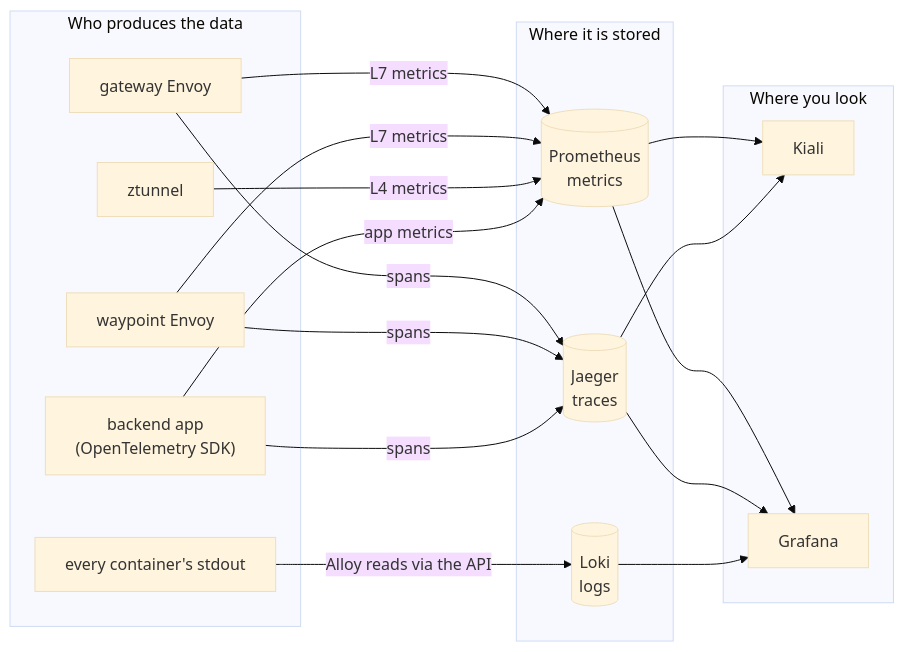
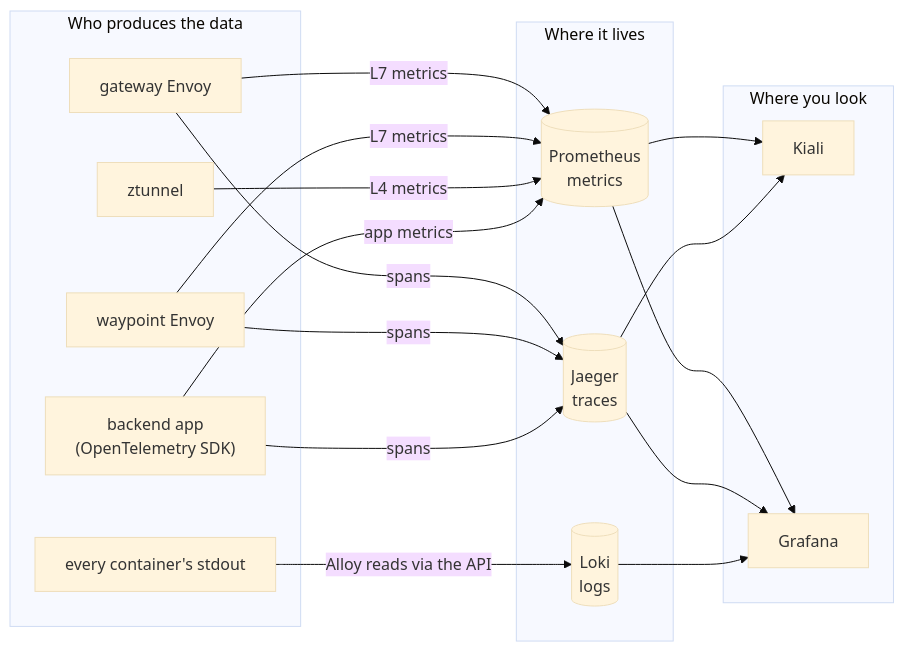
The diagram in course/06-observability.md (miekuskamil/k8s_lab_macos), drawn with Mermaid (base theme) before and after one commit. The commit also changed other lines of this file and 38 other files, not shown here.

````diff
--- a/course/06-observability.md
+++ b/course/06-observability.md
@@ -9,32 +11,32 @@
 ```mermaid
 flowchart LR
   subgraph sources["Who produces the data"]
     gw["gateway Envoy"]
     wp["waypoint Envoy"]
     zt["ztunnel"]
     app["backend app<br/>(OpenTelemetry SDK)"]
     pods["every container's stdout"]
   end
-  subgraph store["Where it is stored"]
+  subgraph store["Where it lives"]
     prom[("Prometheus<br/>metrics")]
     jaeger[("Jaeger<br/>traces")]
     loki[("Loki<br/>logs")]
   end
   subgraph ui["Where you look"]
     kiali["Kiali"]
     grafana["Grafana"]
   end
   gw -- "L7 metrics" --> prom
   wp -- "L7 metrics" --> prom
   zt -- "L4 metrics" --> prom
   app -- "app metrics" --> prom
   gw -- "spans" --> jaeger
   wp -- "spans" --> jaeger
   app -- "spans" --> jaeger
   pods -- "Alloy reads via the API" --> loki
   prom --> kiali
   prom --> grafana
   jaeger --> grafana
   loki --> grafana
   jaeger --> kiali
 ```
````
